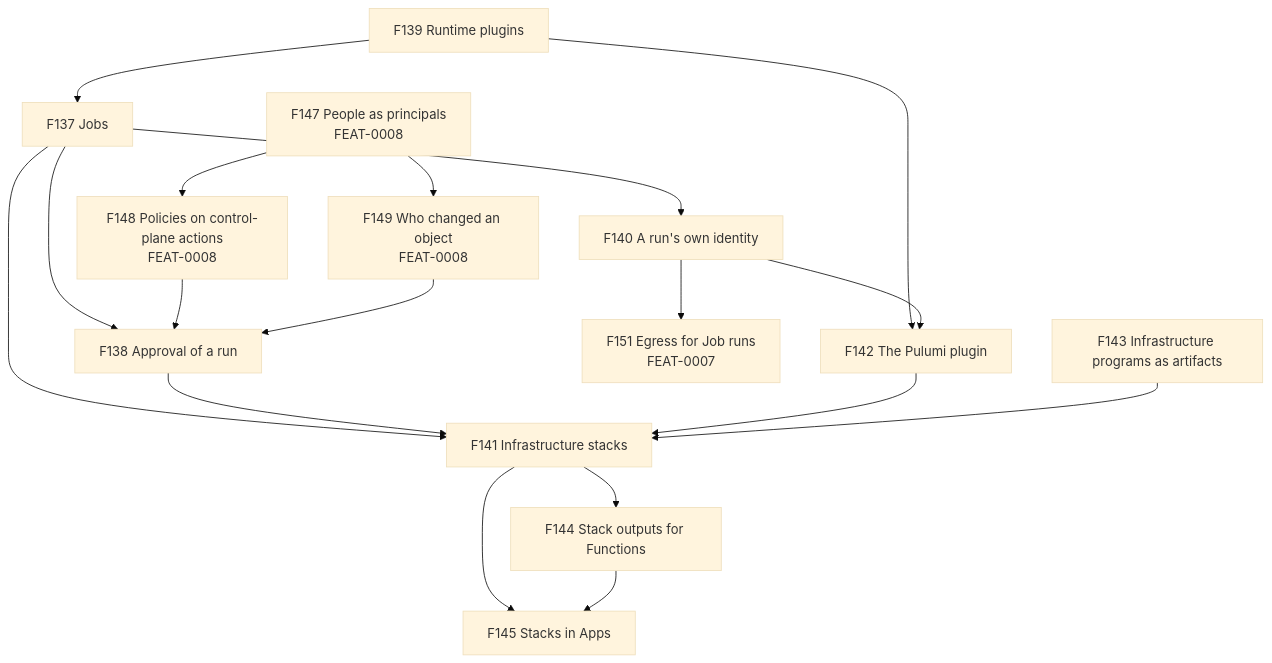
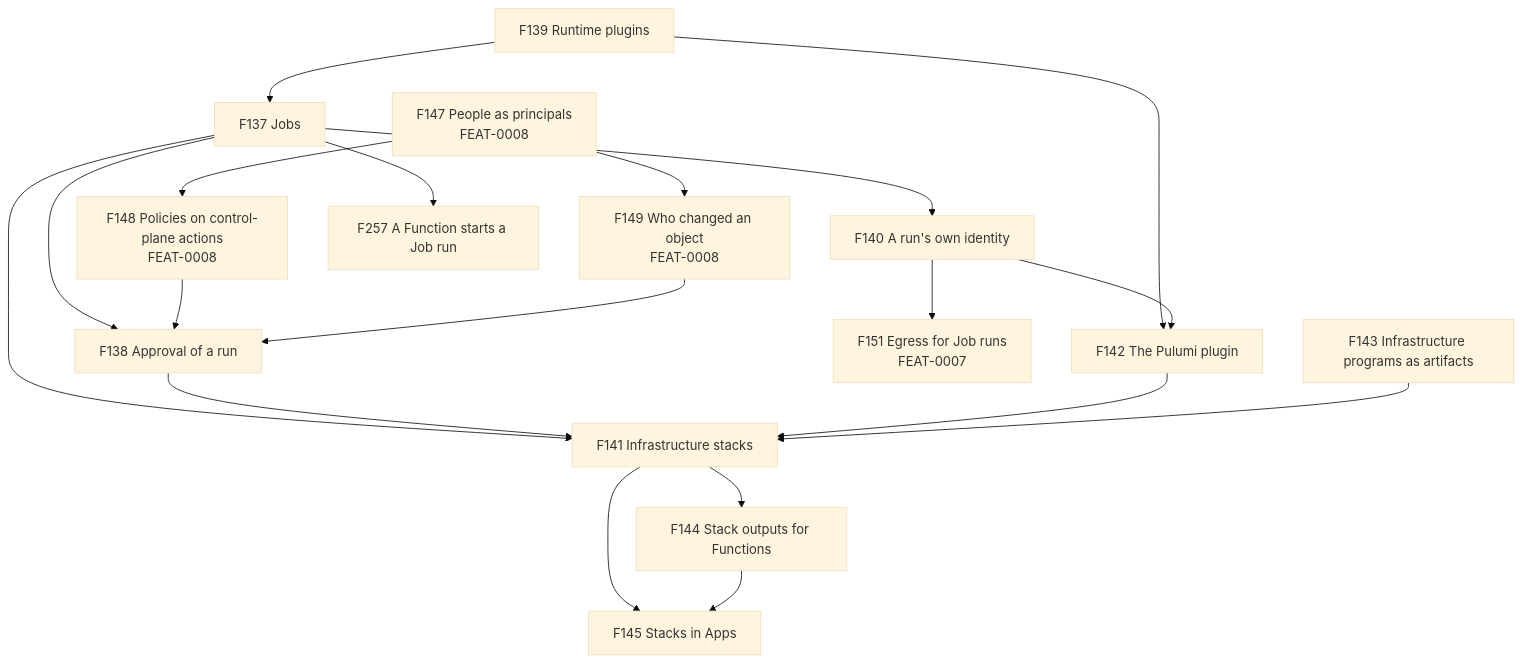
One commit to pyvvo/funcd changed the first of 2 diagrams in docs/feat/0012-feat-infrastack.md. Above: the diagram before and after it, drawn with Mermaid (base theme). The commit also changed other lines of this file and 2 other files, not shown here.

````diff
--- a/docs/feat/0012-feat-infrastack.md
+++ b/docs/feat/0012-feat-infrastack.md
@@ -45,20 +45,21 @@
 ```mermaid
 flowchart TB
     F139["F139 Runtime plugins"] --> F137["F137 Jobs"]
     F137 --> F138["F138 Approval of a run"]
     F137 --> F140["F140 A run's own identity"]
     F147["F147 People as principals<br/>FEAT-0008"] --> F148["F148 Policies on control-plane actions<br/>FEAT-0008"]
     F147 --> F149["F149 Who changed an object<br/>FEAT-0008"]
     F148 --> F138
     F149 --> F138
     F139 --> F142["F142 The Pulumi plugin"]
     F140 --> F142
     F140 --> F151["F151 Egress for Job runs<br/>FEAT-0007"]
     F137 --> F141["F141 Infrastructure stacks"]
     F138 --> F141
     F142 --> F141
     F143["F143 Infrastructure programs as artifacts"] --> F141
     F141 --> F144["F144 Stack outputs for Functions"]
     F141 --> F145["F145 Stacks in Apps"]
     F144 --> F145
+    F137 --> F257["F257 A Function starts a Job run"]
 ```
````
